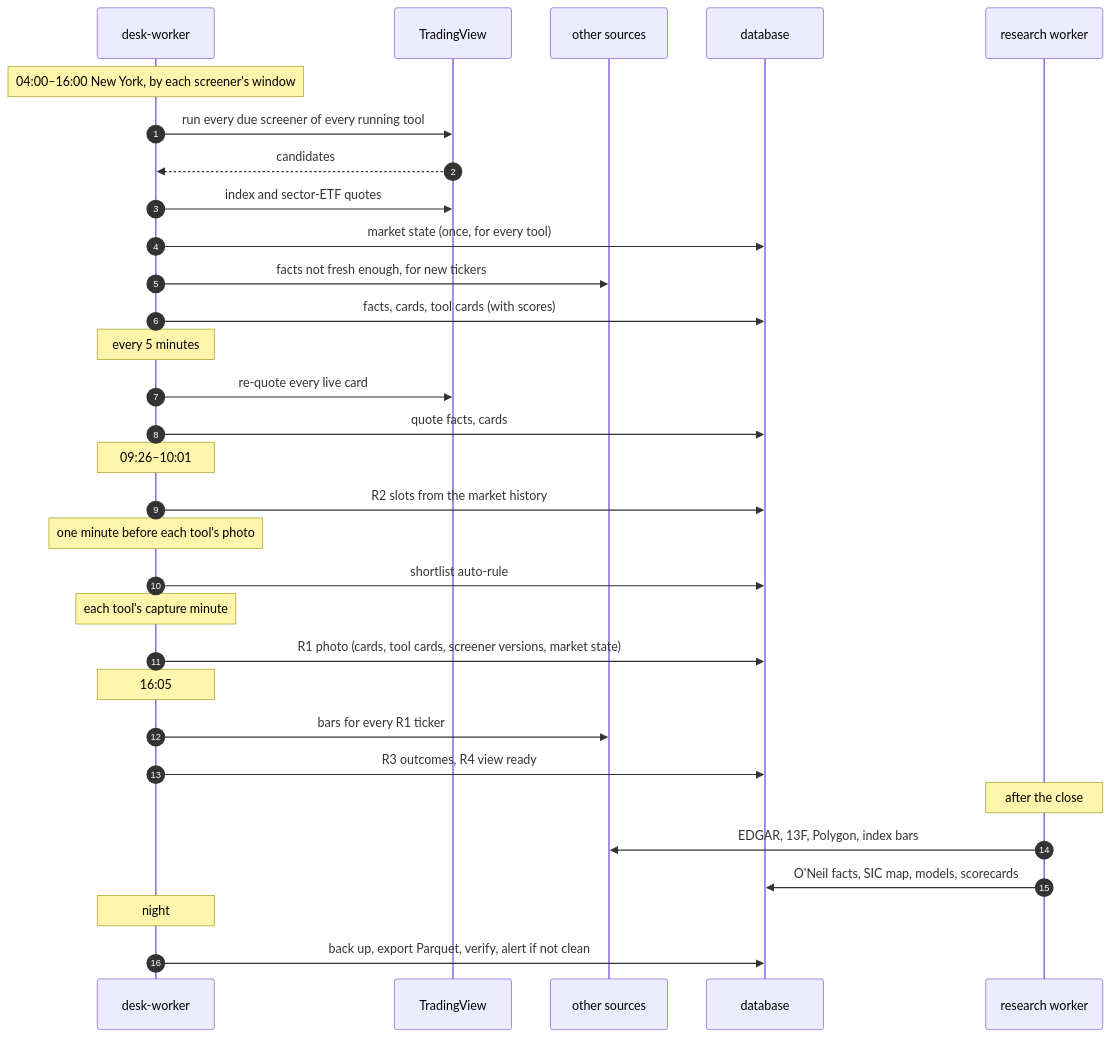
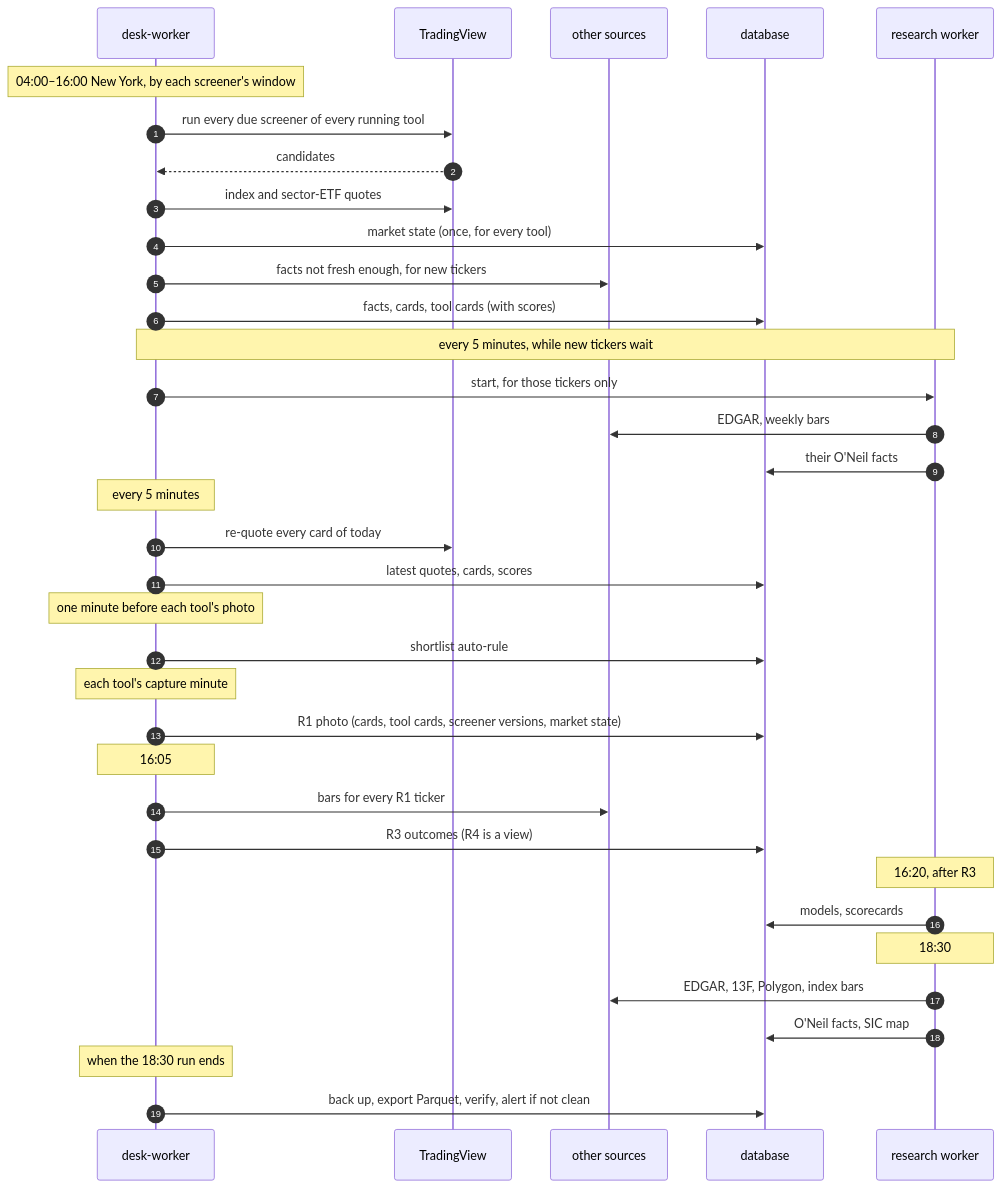
One commit to Mohamed-albadri-1995/Trade-Disk changed the fifth of 5 diagrams in ARCHITECTURE.md. Above: the diagram before and after it, drawn with Mermaid. The commit also changed other lines of this file and 40 other files, not shown here.

````diff
--- a/ARCHITECTURE.md
+++ b/ARCHITECTURE.md
@@ -726,33 +863,37 @@
 ```mermaid
 sequenceDiagram
   autonumber
   participant W as desk-worker
   participant TV as TradingView
   participant SRC as other sources
   participant DB as database
   participant RW as research worker
   Note over W: 04:00–16:00 New York, by each screener's window
   W->>TV: run every due screener of every running tool
   TV-->>W: candidates
   W->>TV: index and sector-ETF quotes
   W->>DB: market state (once, for every tool)
   W->>SRC: facts not fresh enough, for new tickers
   W->>DB: facts, cards, tool cards (with scores)
+  Note over W,RW: every 5 minutes, while new tickers wait
+  W->>RW: start, for those tickers only
+  RW->>SRC: EDGAR, weekly bars
+  RW->>DB: their O'Neil facts
   Note over W: every 5 minutes
-  W->>TV: re-quote every live card
-  W->>DB: quote facts, cards
-  Note over W: 09:26–10:01
-  W->>DB: R2 slots from the market history
+  W->>TV: re-quote every card of today
+  W->>DB: latest quotes, cards, scores
   Note over W: one minute before each tool's photo
   W->>DB: shortlist auto-rule
   Note over W: each tool's capture minute
   W->>DB: R1 photo (cards, tool cards, screener versions, market state)
   Note over W: 16:05
   W->>SRC: bars for every R1 ticker
-  W->>DB: R3 outcomes, R4 view ready
-  Note over RW: after the close
+  W->>DB: R3 outcomes (R4 is a view)
+  Note over RW: 16:20, after R3
+  RW->>DB: models, scorecards
+  Note over RW: 18:30
   RW->>SRC: EDGAR, 13F, Polygon, index bars
-  RW->>DB: O'Neil facts, SIC map, models, scorecards
-  Note over W: night
+  RW->>DB: O'Neil facts, SIC map
+  Note over W: when the 18:30 run ends
   W->>DB: back up, export Parquet, verify, alert if not clean
 ```
````
